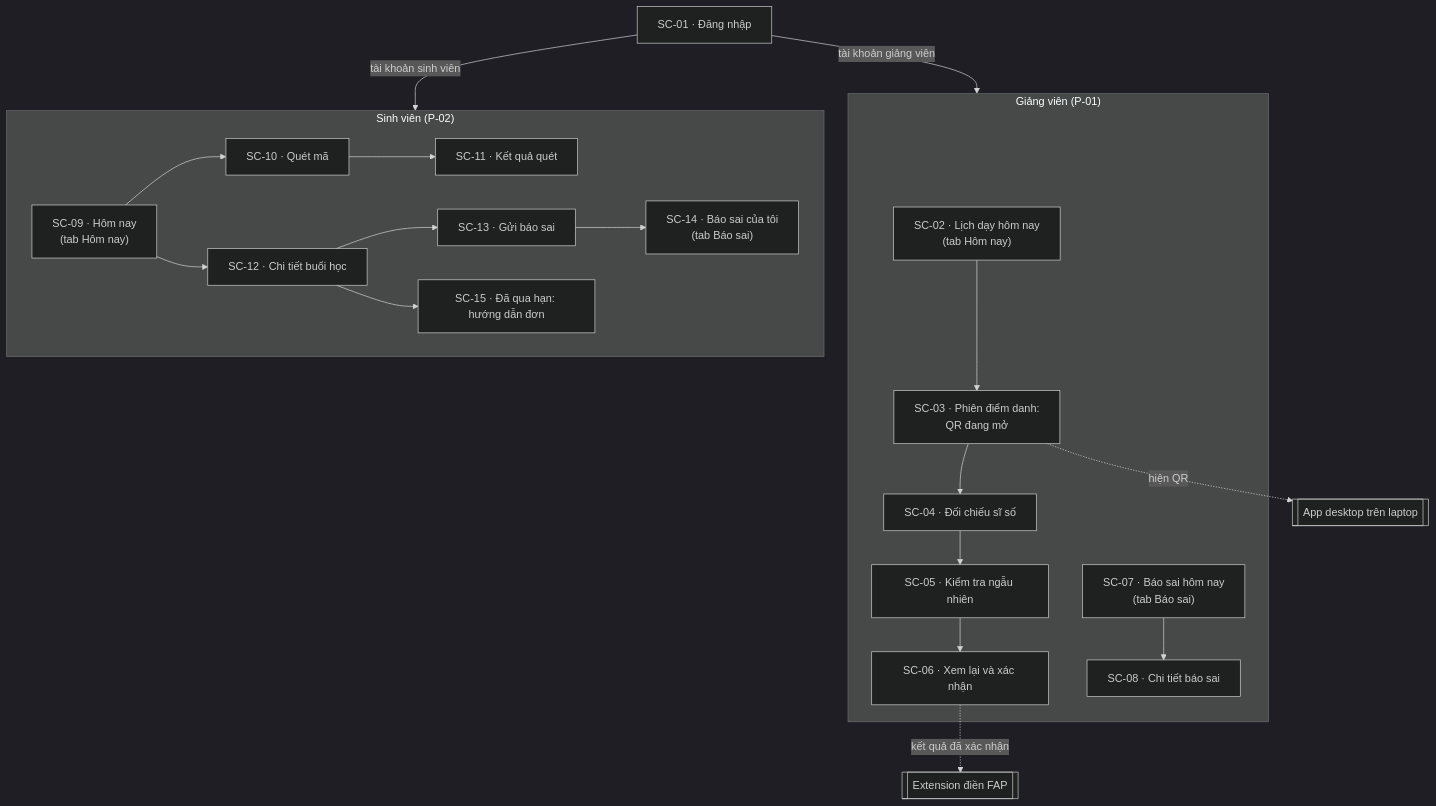
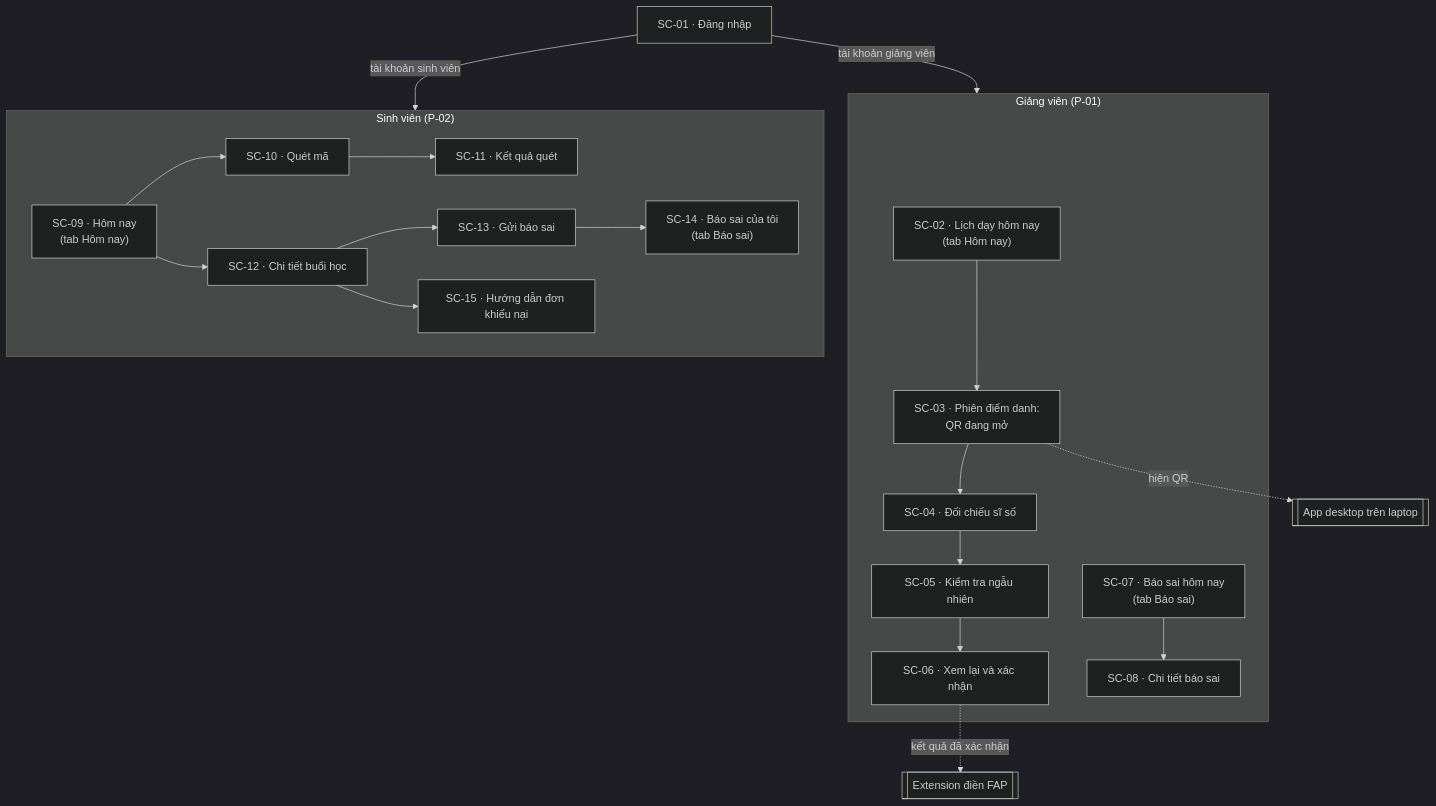
The first of 4 diagrams in ux/user-flow.md (thiengthb/prm323-lab2-SE190533-archieve), drawn with Mermaid (dark theme) before and after one commit. The commit also changed other lines of this file and 12 other files, not shown here.

````diff
--- a/ux/user-flow.md
+++ b/ux/user-flow.md
@@ -25,29 +25,29 @@
 ```mermaid
 graph TD
     SC01["SC-01 · Đăng nhập"] -->|tài khoản giảng viên| GV
     SC01 -->|tài khoản sinh viên| SV
 
     subgraph GV["Giảng viên (P-01)"]
         SC02["SC-02 · Lịch dạy hôm nay<br/>(tab Hôm nay)"]
         SC07["SC-07 · Báo sai hôm nay<br/>(tab Báo sai)"]
         SC02 --> SC03["SC-03 · Phiên điểm danh:<br/>QR đang mở"]
         SC03 --> SC04["SC-04 · Đối chiếu sĩ số"]
         SC04 --> SC05["SC-05 · Kiểm tra ngẫu nhiên"]
         SC05 --> SC06["SC-06 · Xem lại và xác nhận"]
         SC07 --> SC08["SC-08 · Chi tiết báo sai"]
     end
 
     subgraph SV["Sinh viên (P-02)"]
         SC09["SC-09 · Hôm nay<br/>(tab Hôm nay)"]
         SC14["SC-14 · Báo sai của tôi<br/>(tab Báo sai)"]
         SC09 --> SC10["SC-10 · Quét mã"]
         SC10 --> SC11["SC-11 · Kết quả quét"]
         SC09 --> SC12["SC-12 · Chi tiết buổi học"]
         SC12 --> SC13["SC-13 · Gửi báo sai"]
-        SC12 --> SC15["SC-15 · Đã qua hạn: hướng dẫn đơn"]
+        SC12 --> SC15["SC-15 · Hướng dẫn đơn khiếu nại"]
         SC13 --> SC14
     end
 
     SC03 -.->|hiện QR| DESK[["App desktop trên laptop"]]
     SC06 -.->|kết quả đã xác nhận| EXT[["Extension điền FAP"]]
 ```
````
